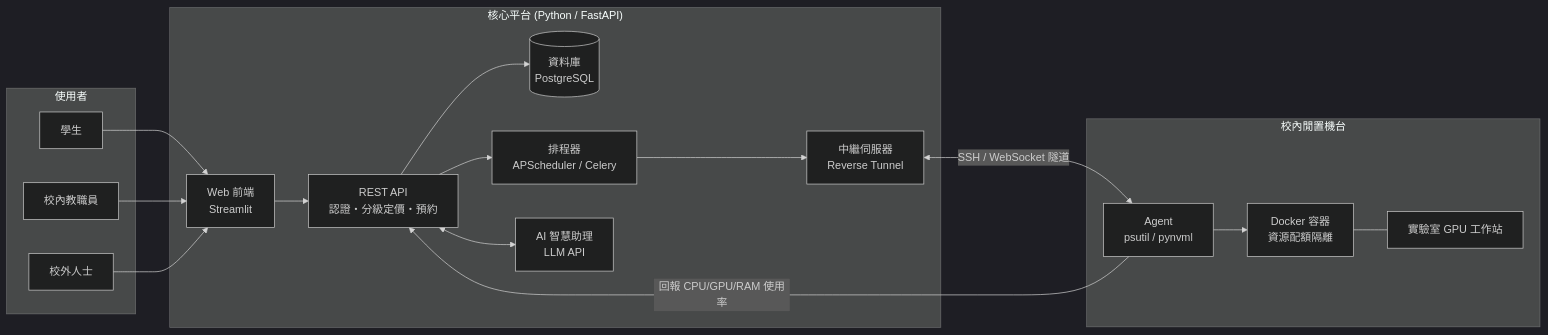
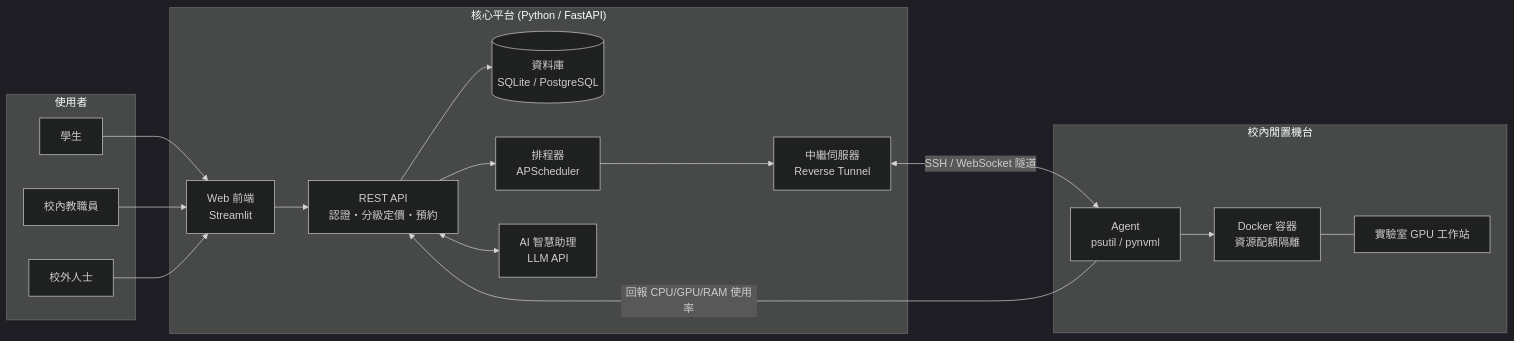
One commit to thechi222/SCU_contest changed the diagram in README.md. Above: the diagram before and after it, drawn with Mermaid (dark theme). The commit also changed other lines of this file, not shown here.

````diff
--- a/README.md
+++ b/README.md
@@ -61,36 +173,36 @@
 ```mermaid
 flowchart LR
     subgraph Users["使用者"]
         S[學生]
         F[校內教職員]
         E[校外人士]
     end
 
     subgraph Platform["核心平台 (Python / FastAPI)"]
         WEB[Web 前端<br/>Streamlit]
         API[REST API<br/>認證・分級定價・預約]
-        DB[(資料庫<br/>PostgreSQL)]
-        SCHED[排程器<br/>APScheduler / Celery]
+        DB[(資料庫<br/>SQLite / PostgreSQL)]
+        SCHED[排程器<br/>APScheduler]
         RELAY[中繼伺服器<br/>Reverse Tunnel]
         AI[AI 智慧助理<br/>LLM API]
     end
 
     subgraph Machines["校內閒置機台"]
         A1[Agent<br/>psutil / pynvml]
         C1[Docker 容器<br/>資源配額隔離]
         M1[實驗室 GPU 工作站]
     end
 
     S --> WEB
     F --> WEB
     E --> WEB
     WEB --> API
     API --> DB
     API --> SCHED
     API <--> AI
     SCHED --> RELAY
     RELAY <-->|SSH / WebSocket 隧道| A1
     A1 --> C1
     C1 --- M1
     A1 -- 回報 CPU/GPU/RAM 使用率 --> API
 ```
````
